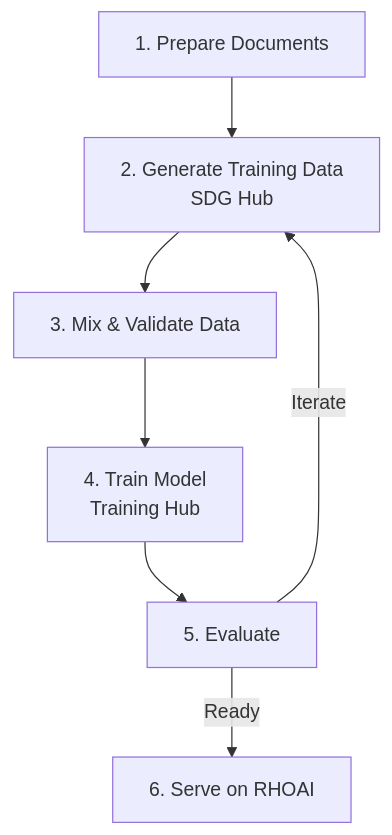
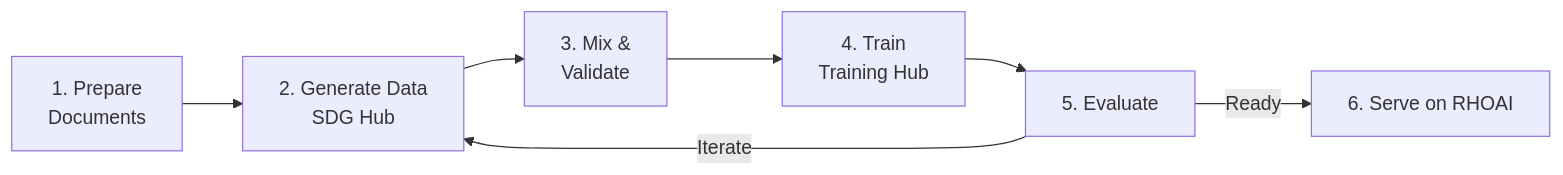
One commit to rrbanda/rhoai changed the diagram in docs/end-to-end/knowledge-tuning.md. Above: the diagram before and after it, drawn with Mermaid. The commit also changed 5 other files, not shown here.

First line of the commit message:
fix: switch all mermaid flowcharts to LR layout, constrain height

````diff
--- a/docs/end-to-end/knowledge-tuning.md
+++ b/docs/end-to-end/knowledge-tuning.md
@@ -7,9 +7,9 @@
 ```mermaid
-graph TD
-    A[1. Prepare Documents] --> B[2. Generate Training Data<br/>SDG Hub]
-    B --> C[3. Mix & Validate Data]
-    C --> D[4. Train Model<br/>Training Hub]
+graph LR
+    A[1. Prepare<br/>Documents] --> B[2. Generate Data<br/>SDG Hub]
+    B --> C[3. Mix &<br/>Validate]
+    C --> D[4. Train<br/>Training Hub]
     D --> E[5. Evaluate]
-    E -->|"Iterate"| B
+    E -->|Iterate| B
     E -->|"Ready"| F[6. Serve on RHOAI]
 ```
````
